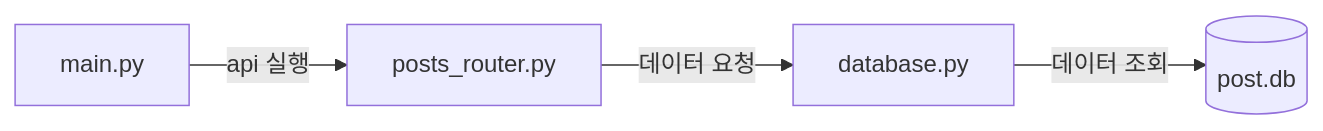
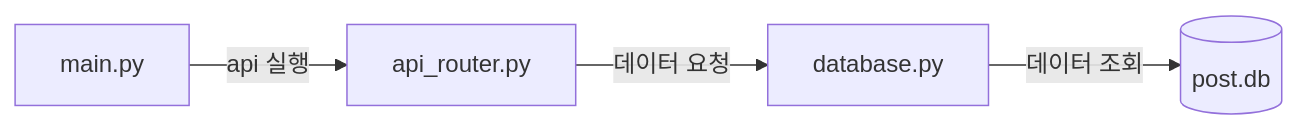
Before and after one commit to f-lab-edu/fastapi-server: the diagram in README.md, drawn with Mermaid. The commit also changed 7 other files, not shown here.

````diff
--- a/README.md
+++ b/README.md
@@ -4,6 +4,6 @@
 ```mermaid
 flowchart LR
-    A[main.py] --api 실행--> posts_router.py
-    posts_router.py --데이터 요청--> database.py
+    A[main.py] --api 실행--> api_router.py
+    api_router.py --데이터 요청--> database.py
     database.py --데이터 조회--> id1[(post.db)]
 ```
````
